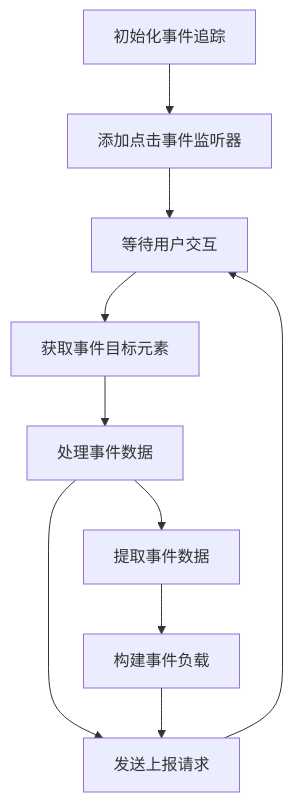
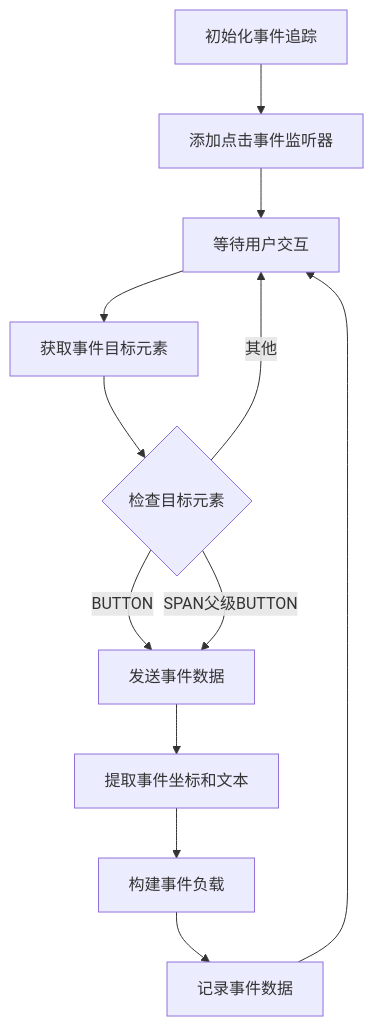
The sixth of 15 diagrams in .qoder/repowiki/zh/content/分析跟踪模块.md (LihaoZDB/English-Study), drawn with Mermaid before and after one commit. The commit also changed other lines of this file and 5 other files, not shown here.

````diff
--- a/.qoder/repowiki/zh/content/分析跟踪模块.md
+++ b/.qoder/repowiki/zh/content/分析跟踪模块.md
@@ -235,12 +309,14 @@
 ```mermaid
 flowchart TD
 Init[初始化事件追踪] --> AddListener["添加点击事件监听器"]
 AddListener --> WaitEvent["等待用户交互"]
 WaitEvent --> GetTarget["获取事件目标元素"]
-GetTarget --> ProcessEvent["处理事件数据"]
-ProcessEvent --> SendReport["发送上报请求"]
-SendReport --> WaitEvent
-ProcessEvent --> ExtractData["提取事件数据"]
+GetTarget --> CheckTarget{"检查目标元素"}
+CheckTarget --> |BUTTON| SendEvent["发送事件数据"]
+CheckTarget --> |SPAN父级BUTTON| SendEvent
+CheckTarget --> |其他| WaitEvent
+SendEvent --> ExtractData["提取事件坐标和文本"]
 ExtractData --> BuildPayload["构建事件负载"]
-BuildPayload --> SendReport
+BuildPayload --> LogData["记录事件数据"]
+LogData --> WaitEvent
 ```
````
